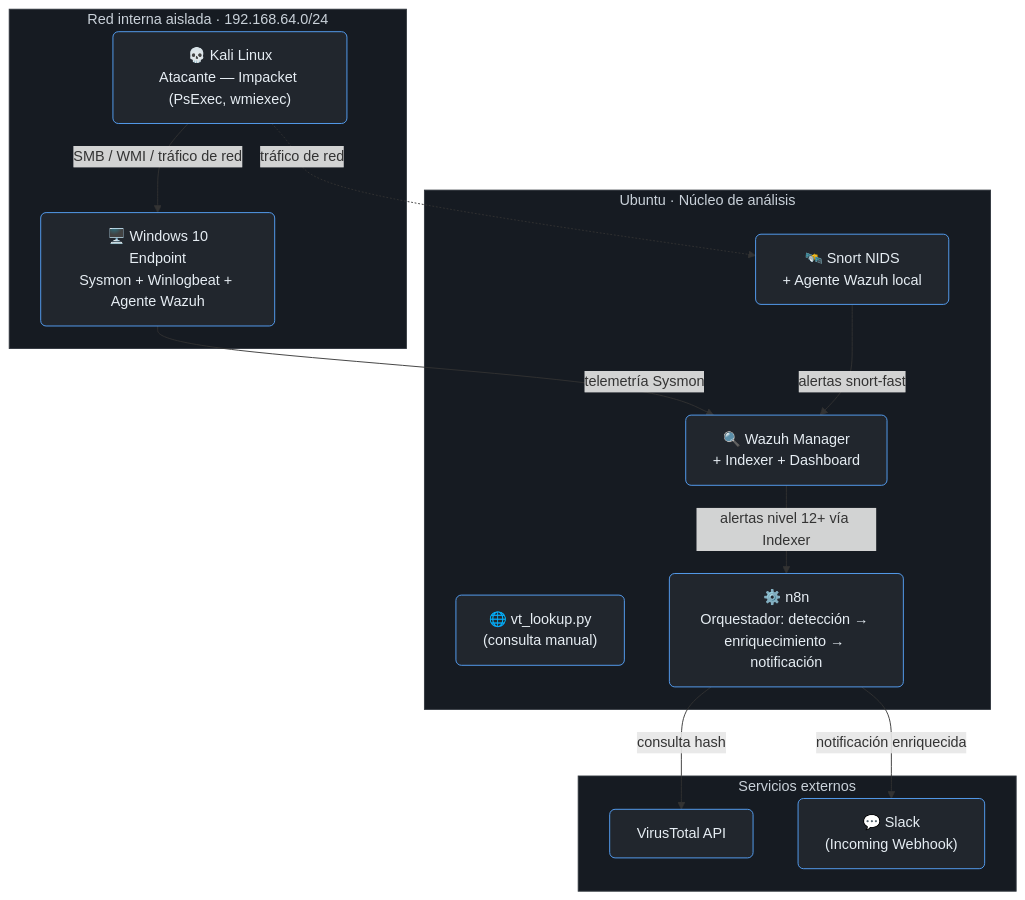
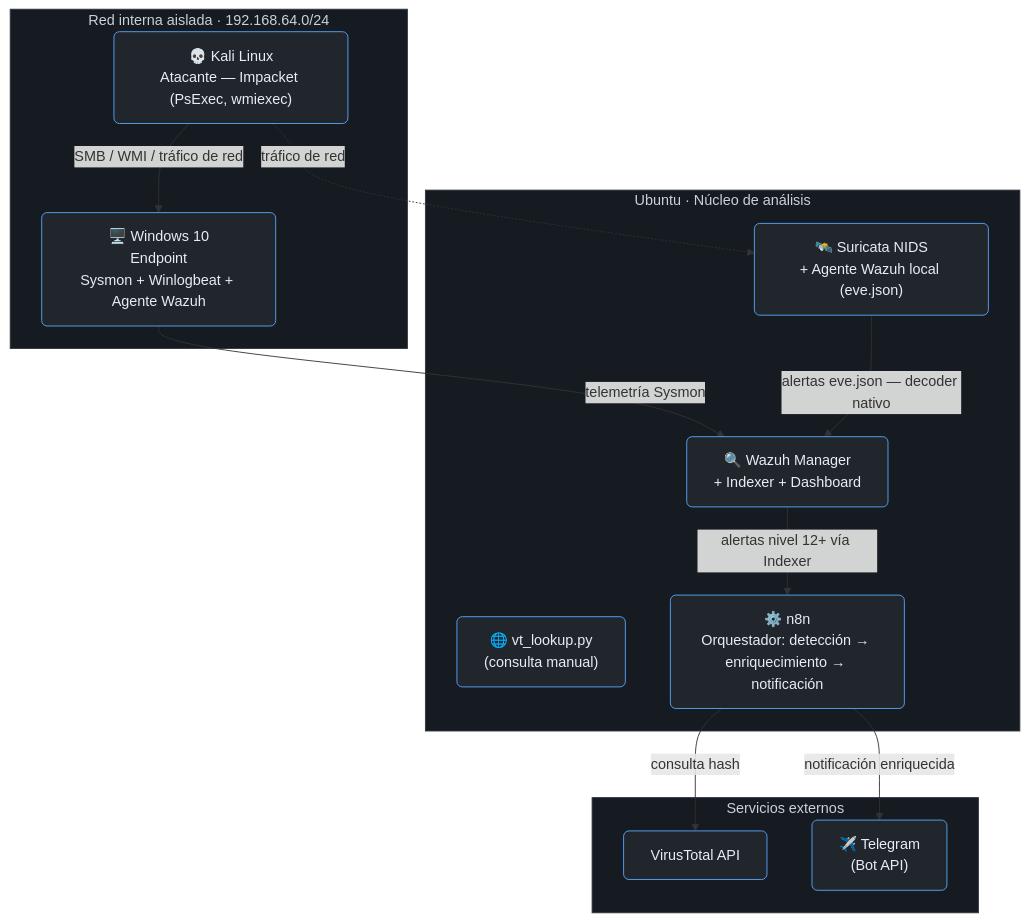
The diagram in README.md (braianffernandez096-bripto/Threat-Hunting-Detection-Lab), drawn with Mermaid before and after one commit. The commit also changed other lines of this file, not shown here.

````diff
--- a/README.md
+++ b/README.md
@@ -21,32 +22,32 @@
 ```mermaid
 flowchart TB
     subgraph RedInterna ["Red interna aislada · 192.168.64.0/24"]
         WIN["🖥️ Windows 10\nEndpoint\nSysmon + Winlogbeat + Agente Wazuh"]
         KALI["💀 Kali Linux\nAtacante — Impacket (PsExec, wmiexec)"]
     end
 
     subgraph Ubuntu ["Ubuntu · Núcleo de análisis"]
         WAZUH["🔍 Wazuh Manager\n+ Indexer + Dashboard"]
-        SNORT["🛰️ Snort NIDS\n+ Agente Wazuh local"]
+        SURICATA["🛰️ Suricata NIDS\n+ Agente Wazuh local (eve.json)"]
         VT["🌐 vt_lookup.py\n(consulta manual)"]
         N8N["⚙️ n8n\nOrquestador: detección → enriquecimiento → notificación"]
     end
 
     subgraph Externo ["Servicios externos"]
         VTAPI["VirusTotal API"]
-        SLACK["💬 Slack\n(Incoming Webhook)"]
+        TG["✈️ Telegram\n(Bot API)"]
     end
 
     WIN -->|telemetría Sysmon| WAZUH
     KALI -->|SMB / WMI / tráfico de red| WIN
-    KALI -.->|tráfico de red| SNORT
-    SNORT -->|alertas snort-fast| WAZUH
+    KALI -.->|tráfico de red| SURICATA
+    SURICATA -->|alertas eve.json — decoder nativo| WAZUH
     WAZUH -->|alertas nivel 12+ vía Indexer| N8N
     N8N -->|consulta hash| VTAPI
-    N8N -->|notificación enriquecida| SLACK
+    N8N -->|notificación enriquecida| TG
 
     classDef subgraphStyle fill:#161b22,stroke:#30363d,color:#c9d1d9
     classDef nodeStyle fill:#21262d,stroke:#58a6ff,color:#e6edf3,rx:6,ry:6
     class RedInterna,Ubuntu,Externo subgraphStyle
-    class WIN,KALI,WAZUH,SNORT,VT,N8N,VTAPI,SLACK nodeStyle
+    class WIN,KALI,WAZUH,SURICATA,VT,N8N,VTAPI,TG nodeStyle
 ```
````
